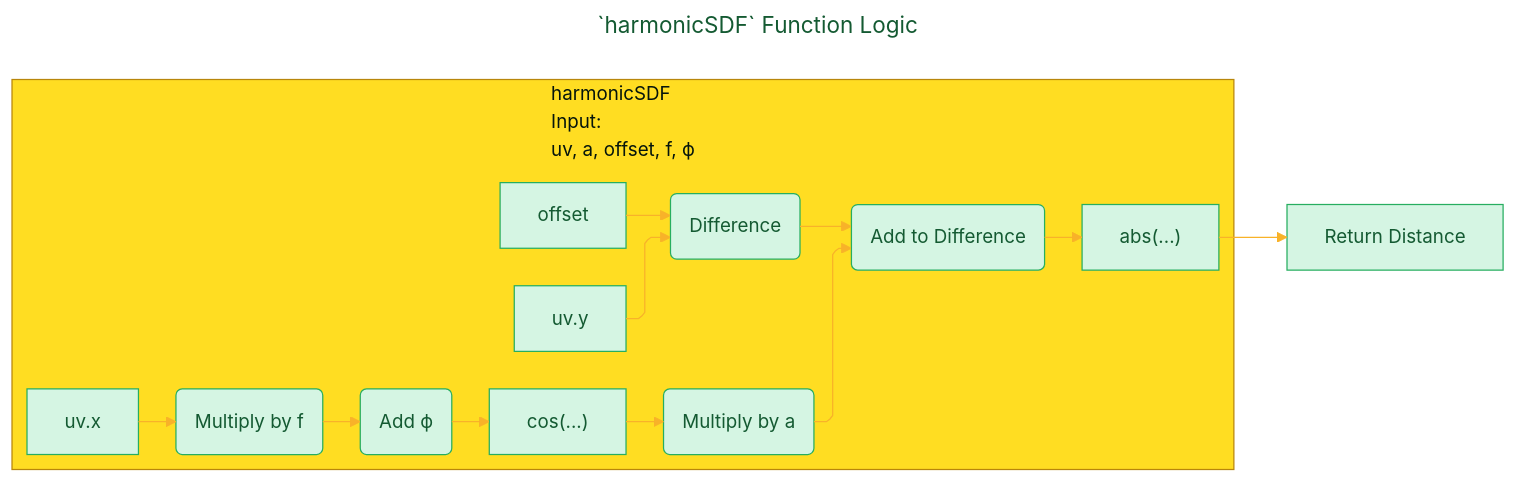
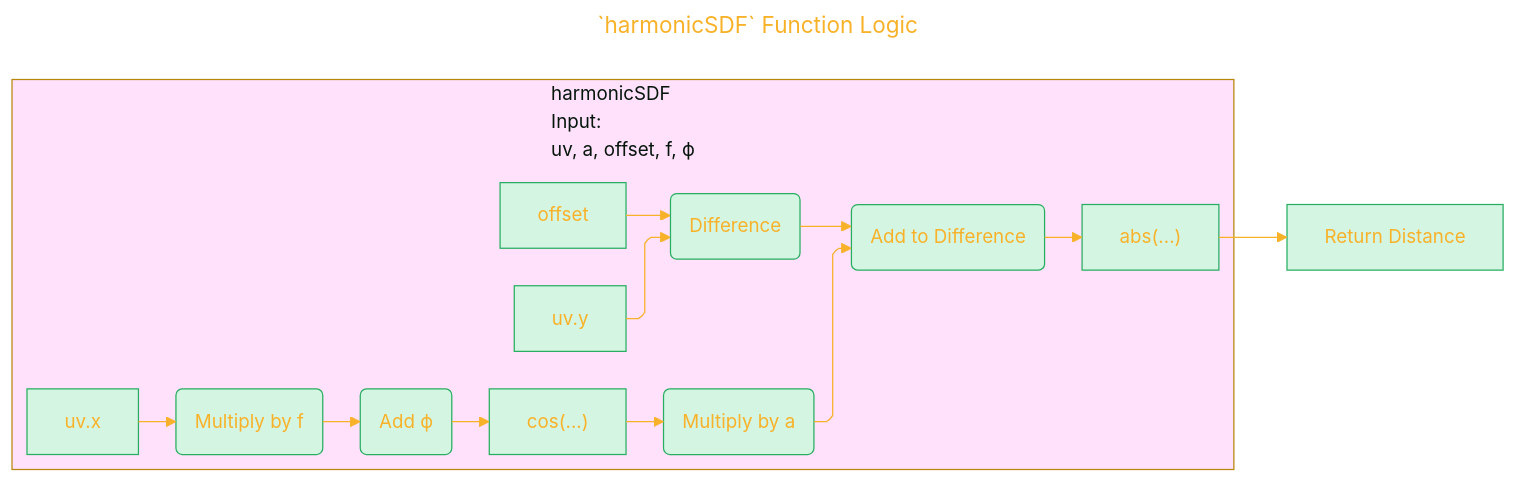
One commit to CongLeSolutionX/Harmonic_Shaders changed the fourth of 9 diagrams in DOCUMENTATION_Draft_1.md. Above: the diagram before and after it, drawn with Mermaid. The commit also changed other lines of this file, not shown here.

````diff
--- a/DOCUMENTATION_Draft_1.md
+++ b/DOCUMENTATION_Draft_1.md
@@ -269,47 +269,47 @@
 ```mermaid
 ---
 title: "`harmonicSDF` Function Logic"
 author: "Cong Le"
 version: "1.0"
 license(s): "MIT, CC BY 4.0"
 copyright: "Copyright (c) 2025 Cong Le. All Rights Reserved."
 config:
   layout: elk
   theme: base
 ---
 %%%%%%%% Mermaid version v11.4.1-b.14
 %%%%%%%% Available curve styles include the following keywords:
 %% basis, bumpX, bumpY, cardinal, catmullRom, linear, monotoneX, monotoneY, natural, step, stepAfter, stepBefore.
 %%{
   init: {
     'flowchart': { 'htmlLabels': true, 'curve': 'linear' },
     'fontFamily': 'Monaco',
     'themeVariables': {
       'primaryColor': '#D5F5E3',
-      'primaryTextColor': '#145A32',
+      'primaryTextColor': '#F8B229',
       'lineColor': '#F8B229',
       'primaryBorderColor': '#27AE60',
       'secondaryColor': '#EBDEF0',
       'secondaryTextColor': '#6C3483',
       'secondaryBorderColor': '#A569BD',
       'fontSize': '15px'
     }
   }
 }%%
 graph LR
     subgraph harmonic_SDF["harmonicSDF<br/>Input:<br/> uv, a, offset, f, ϕ"]
         A["uv.y"] --> Diff("Difference")
         B["offset"] --> Diff
         C["uv.x"] --> FreqMult("Multiply by f")
         FreqMult --> PhaseAdd("Add ϕ")
         PhaseAdd --> Cosine["cos(...)"]
         Cosine --> AmpMult("Multiply by a")
         AmpMult --> AddToDiff("Add to Difference")
         Diff --> AddToDiff
         AddToDiff --> Absolute["abs(...)"]
     end
     Absolute --> Output["Return Distance"]
 
-    style harmonic_SDF fill:#fd2,stroke:#b8860b
+    style harmonic_SDF fill:#f2d2,stroke:#b8860b
     
 ```
````
